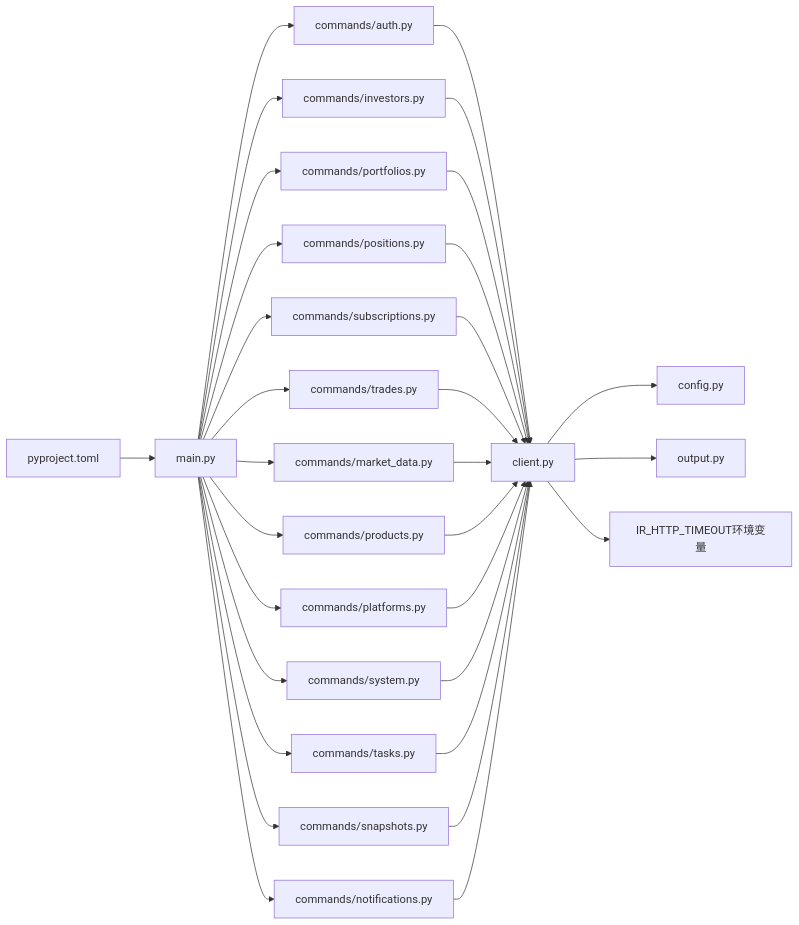
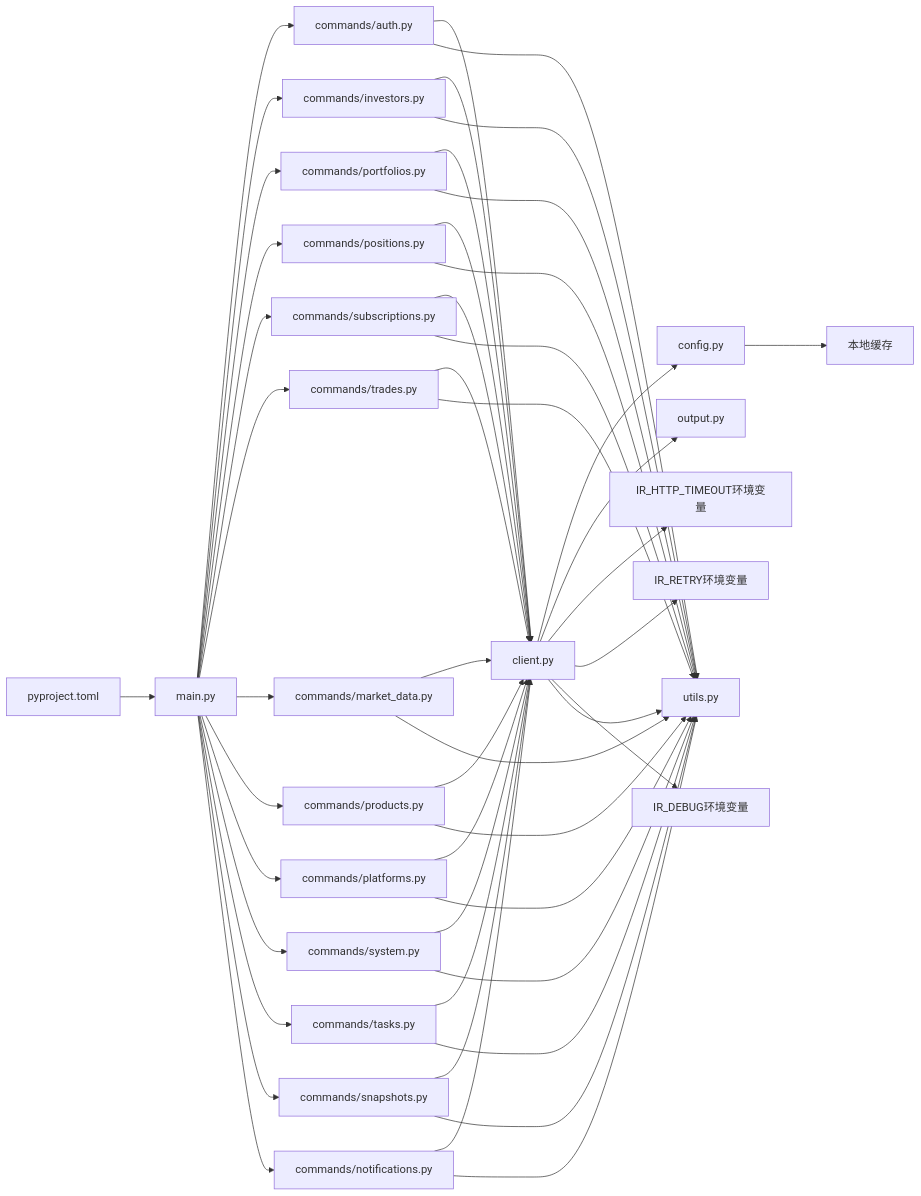
The seventh of 7 diagrams in .qoder/repowiki/zh/content/开发指南/InvestRing HTTP客户端CLI工具.md (gujialind/InvestRing), drawn with Mermaid before and after one commit. The commit also changed other lines of this file and 8 other files, not shown here.

````diff
--- a/.qoder/repowiki/zh/content/开发指南/InvestRing HTTP客户端CLI工具.md
+++ b/.qoder/repowiki/zh/content/开发指南/InvestRing HTTP客户端CLI工具.md
@@ -304,33 +387,50 @@
 ```mermaid
 graph LR
 P["pyproject.toml"] --> M["main.py"]
 M --> A["commands/auth.py"]
 M --> I["commands/investors.py"]
 M --> PRT["commands/portfolios.py"]
 M --> POS["commands/positions.py"]
 M --> SUB["commands/subscriptions.py"]
 M --> TRD["commands/trades.py"]
 M --> MKT["commands/market_data.py"]
 M --> PRD["commands/products.py"]
 M --> PLF["commands/platforms.py"]
 M --> SYS["commands/system.py"]
 M --> TSK["commands/tasks.py"]
 M --> SNP["commands/snapshots.py"]
 M --> NOTI["commands/notifications.py"]
 A --> CL["client.py"]
 I --> CL
 PRT --> CL
 POS --> CL
 SUB --> CL
 TRD --> CL
 MKT --> CL
 PRD --> CL
 PLF --> CL
 SYS --> CL
 TSK --> CL
 SNP --> CL
 NOTI --> CL
 CL --> CFG["config.py"]
 CL --> OUT["output.py"]
 CL --> ENV["IR_HTTP_TIMEOUT环境变量"]
+CL --> RETRY["IR_RETRY环境变量"]
+CL --> DEBUG["IR_DEBUG环境变量"]
+CL --> UT["utils.py"]
+A --> UT
+I --> UT
+PRT --> UT
+POS --> UT
+SUB --> UT
+TRD --> UT
+MKT --> UT
+PRD --> UT
+PLF --> UT
+SYS --> UT
+TSK --> UT
+SNP --> UT
+NOTI --> UT
+CFG --> CACHE["本地缓存"]
 ```
````
